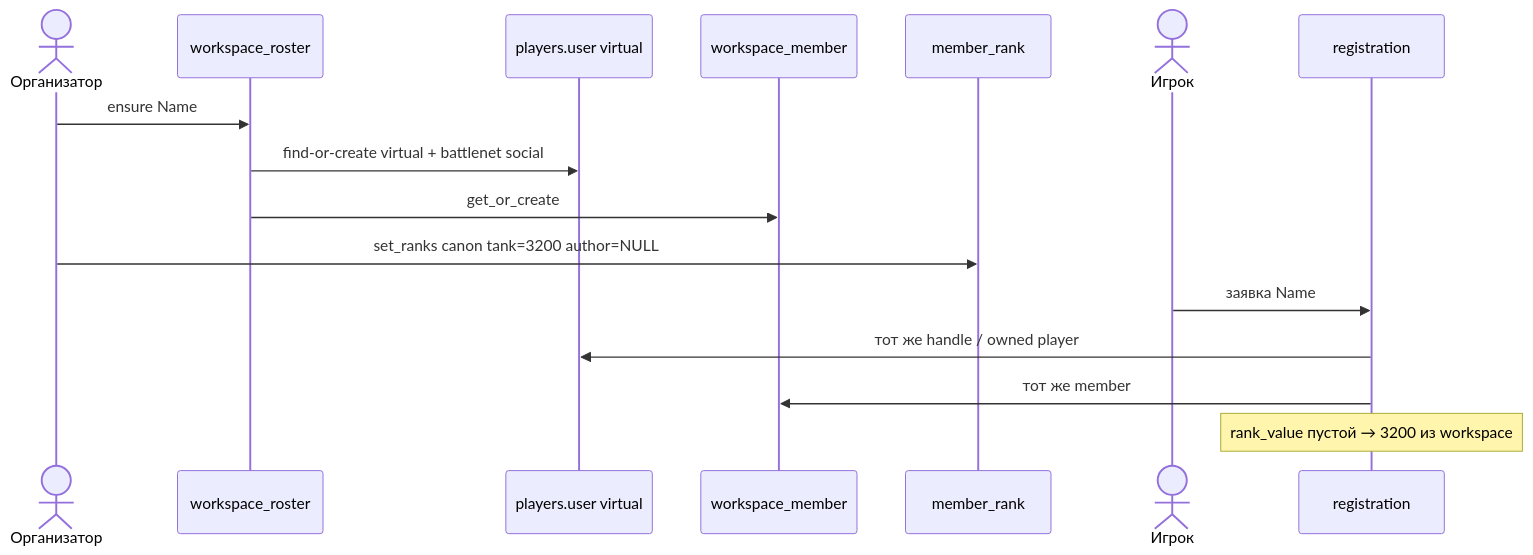
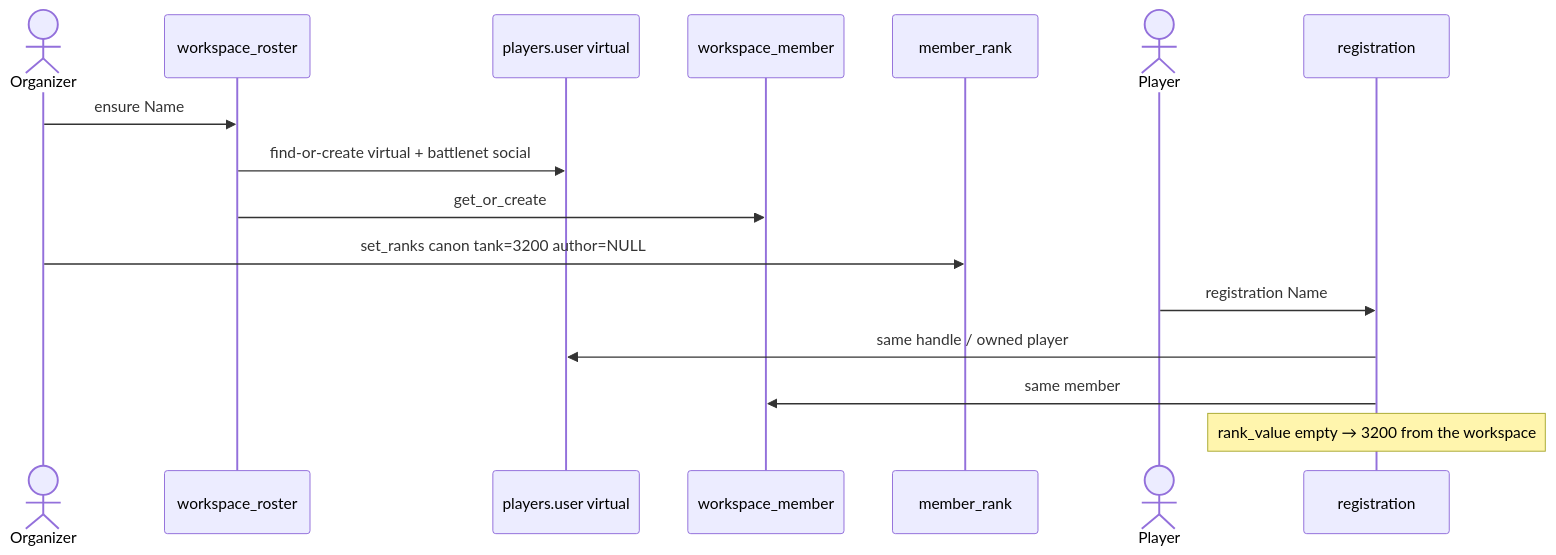
The sixth of 6 diagrams in docs/users-identity.md (CraazzzyyFoxx/anak-tournaments), drawn with Mermaid before and after one commit. The commit also changed other lines of this file and 60 other files, not shown here.

````diff
--- a/docs/users-identity.md
+++ b/docs/users-identity.md
@@ -618,19 +617,19 @@
 ```mermaid
 sequenceDiagram
-  actor Org as Организатор
+  actor Org as Organizer
   participant Roster as workspace_roster
   participant PU as players.user virtual
   participant WM as workspace_member
   participant MR as member_rank
-  actor P as Игрок
+  actor P as Player
   participant REG as registration
 
   Org->>Roster: ensure Name#1234
   Roster->>PU: find-or-create virtual + battlenet social
   Roster->>WM: get_or_create
   Org->>MR: set_ranks canon tank=3200 author=NULL
-  P->>REG: заявка Name#1234
-  REG->>PU: тот же handle / owned player
-  REG->>WM: тот же member
-  Note over REG: rank_value пустой → 3200 из workspace
+  P->>REG: registration Name#1234
+  REG->>PU: same handle / owned player
+  REG->>WM: same member
+  Note over REG: rank_value empty → 3200 from the workspace
 ```
````
